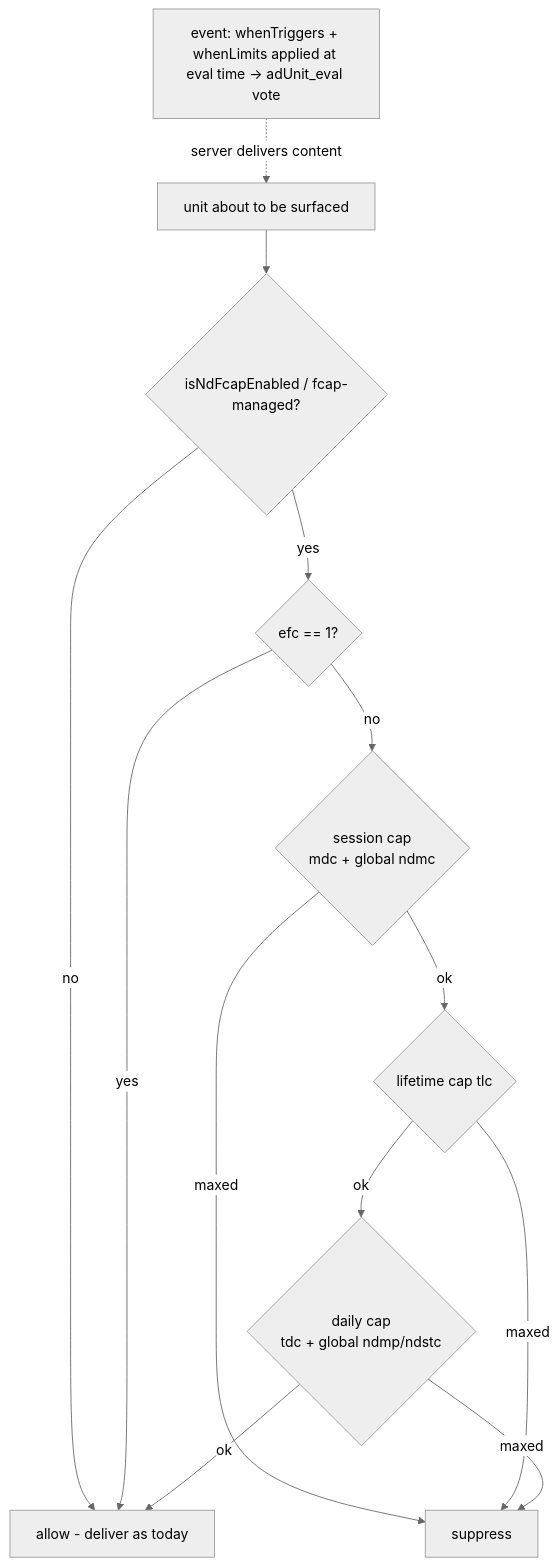
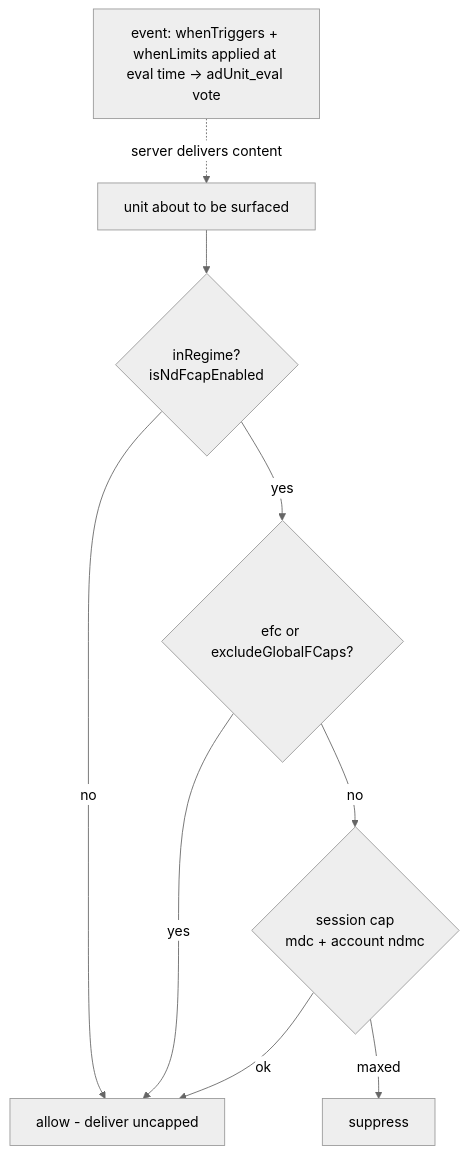
Before and after one commit to CleverTap/clevertap-android-sdk: the third of 3 diagrams in docs/NativeDisplayFrequencyCaps.md, drawn with Mermaid (neutral theme). The commit also changed other lines of this file, not shown here.

````diff
--- a/docs/NativeDisplayFrequencyCaps.md
+++ b/docs/NativeDisplayFrequencyCaps.md
@@ -268,15 +281,11 @@
 ```mermaid
 flowchart TD
     EV[event: whenTriggers + whenLimits applied at eval time -> adUnit_eval vote] -.server delivers content.-> A
-    A[unit about to be surfaced] --> M{isNdFcapEnabled / fcap-managed?}
-    M -- no --> ALLOW[allow - deliver as today]
-    M -- yes --> C{efc == 1?}
+    A[unit about to be surfaced] --> M{inRegime?<br/>isNdFcapEnabled}
+    M -- no --> ALLOW[allow - deliver uncapped]
+    M -- yes --> C{efc or excludeGlobalFCaps?}
     C -- yes --> ALLOW
-    C -- no --> D{session cap<br/>mdc + global ndmc}
+    C -- no --> D{session cap<br/>mdc + account ndmc}
     D -- maxed --> DENY[suppress]
-    D -- ok --> E{lifetime cap tlc}
-    E -- maxed --> DENY
-    E -- ok --> F{daily cap<br/>tdc + global ndmp/ndstc}
-    F -- maxed --> DENY
-    F -- ok --> ALLOW
+    D -- ok --> ALLOW
 ```
````
